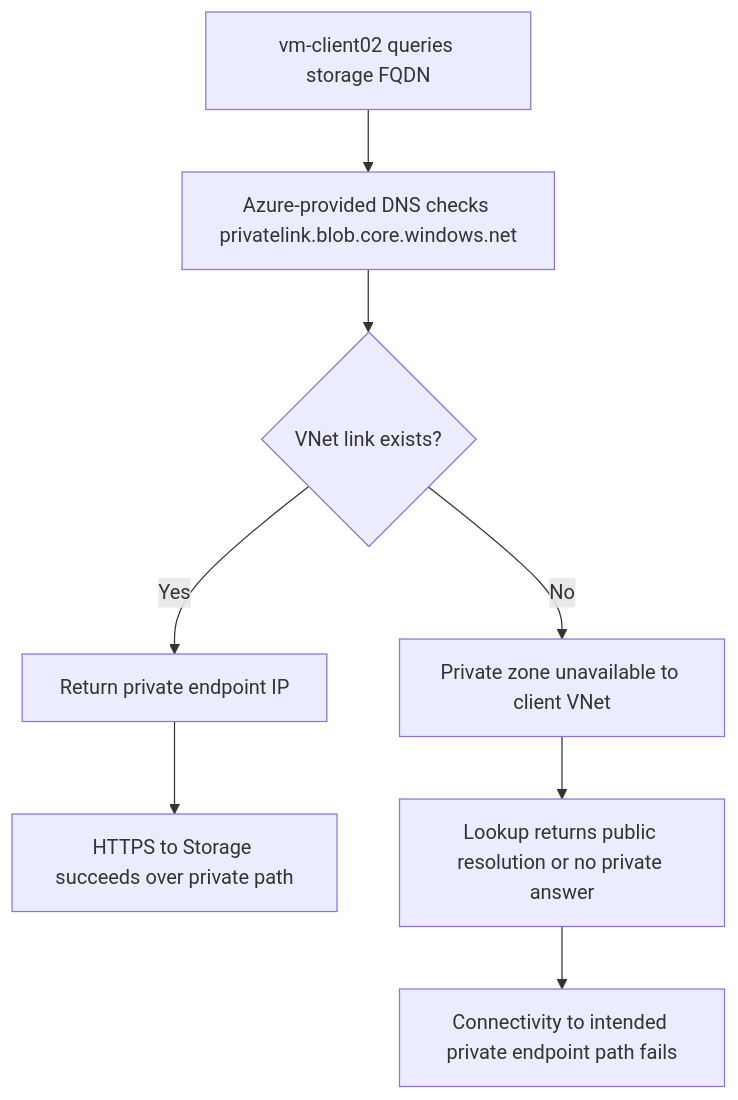
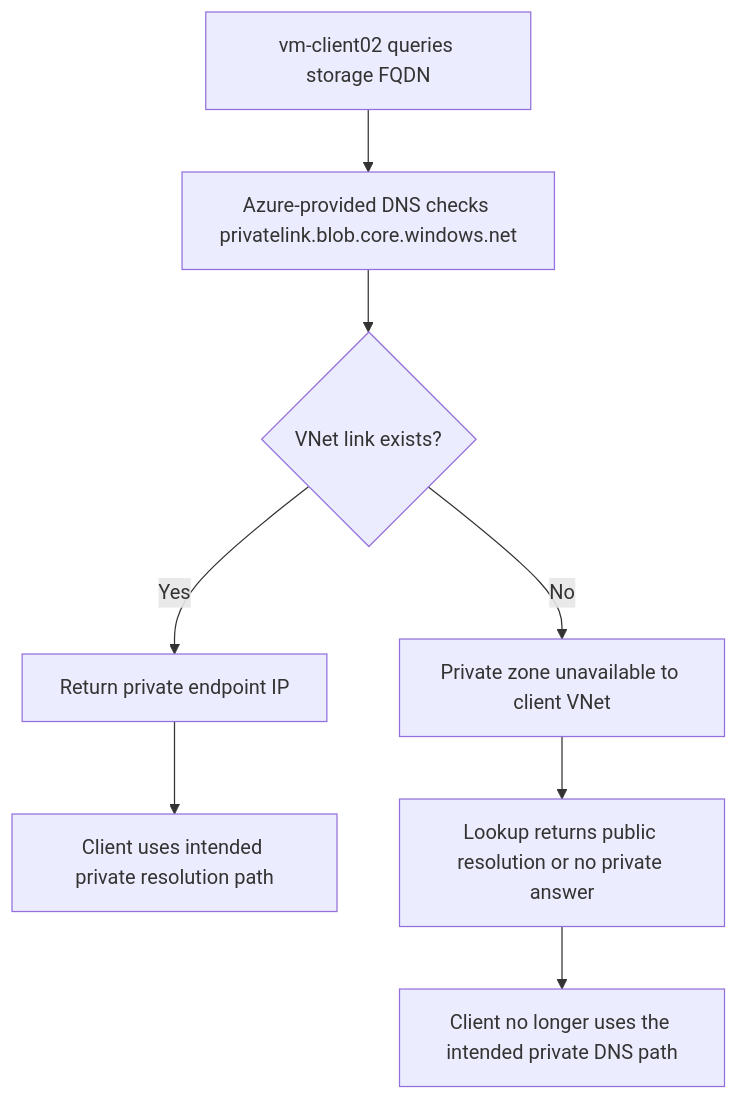
One commit to yeongseon/azure-networking-practical-guide changed the diagram in docs/troubleshooting/lab-guides/private-endpoint-dns-link-failure.md. Above: the diagram before and after it, drawn with Mermaid. The commit also changed other lines of this file, not shown here.

First line of the commit message:
docs: fix private-endpoint-dns-link-failure lab review items

````diff
--- a/docs/troubleshooting/lab-guides/private-endpoint-dns-link-failure.md
+++ b/docs/troubleshooting/lab-guides/private-endpoint-dns-link-failure.md
@@ -48,10 +48,10 @@
 ```mermaid
 flowchart TD
     A[vm-client02 queries storage FQDN] --> B[Azure-provided DNS checks privatelink.blob.core.windows.net]
     B --> C{VNet link exists?}
     C -->|Yes| D[Return private endpoint IP]
-    D --> E[HTTPS to Storage succeeds over private path]
+    D --> E[Client uses intended private resolution path]
     C -->|No| F[Private zone unavailable to client VNet]
     F --> G[Lookup returns public resolution or no private answer]
-    G --> H[Connectivity to intended private endpoint path fails]
+    G --> H[Client no longer uses the intended private DNS path]
 ```
````
